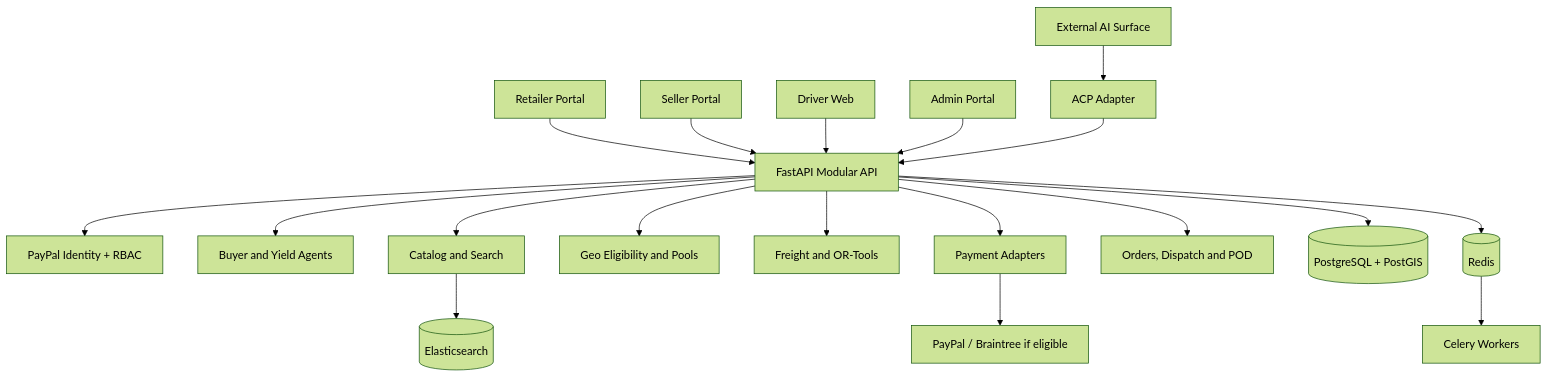
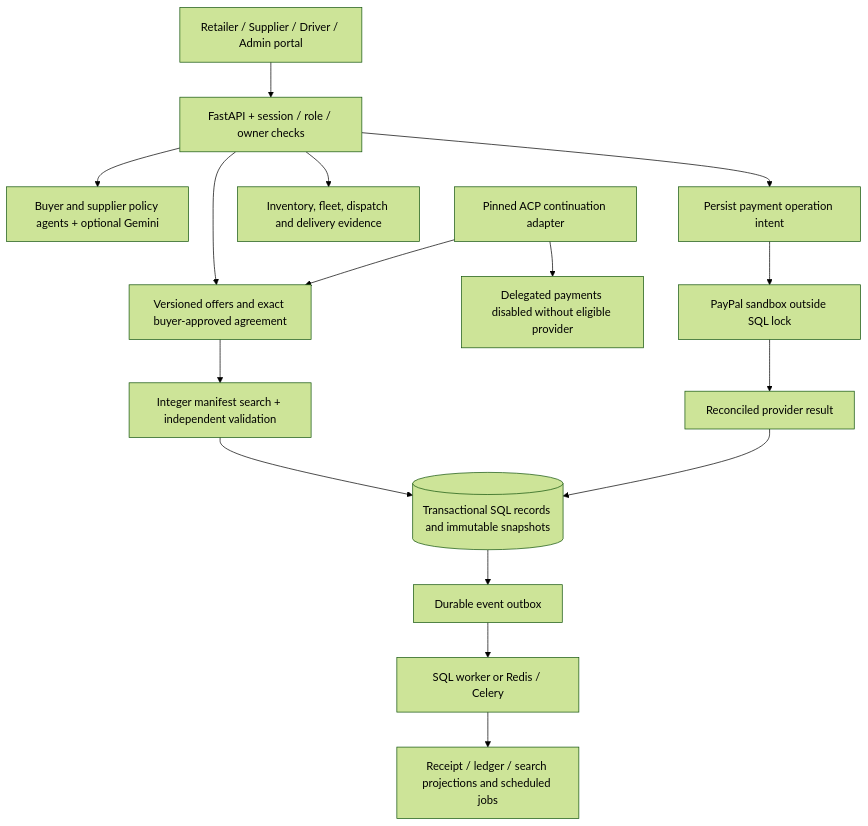
The diagram in docs/architecture.md (akshayks13/PayPool), drawn with Mermaid (forest theme) before and after one commit. The commit also changed other lines of this file and 59 other files, not shown here.

Commit message:
Complete PayPool agreements, operations, recovery and integration contracts

````diff
--- a/docs/architecture.md
+++ b/docs/architecture.md
@@ -23,21 +3,18 @@
 ```mermaid
-flowchart TB
-  R[Retailer Portal] --> API[FastAPI Modular API]
-  S[Seller Portal] --> API
-  D[Driver Web] --> API
-  A[Admin Portal] --> API
-  C[External AI Surface] --> ACP[ACP Adapter]
-  ACP --> API
-  API --> AUTH[PayPal Identity + RBAC]
-  API --> AG[Buyer and Yield Agents]
-  API --> CAT[Catalog and Search]
-  API --> GEO[Geo Eligibility and Pools]
-  API --> OPT[Freight and OR-Tools]
-  API --> PAY[Payment Adapters]
-  API --> FUL[Orders, Dispatch and POD]
-  API --> DB[(PostgreSQL + PostGIS)]
-  CAT --> ES[(Elasticsearch)]
-  API --> REDIS[(Redis)]
-  REDIS --> WORK[Celery Workers]
-  PAY --> PP[PayPal / Braintree if eligible]
+flowchart TD
+  UI[Retailer / Supplier / Driver / Admin portal] --> API[FastAPI + session / role / owner checks]
+  API --> Discovery[Buyer and supplier policy agents + optional Gemini]
+  API --> Agreements[Versioned offers and exact buyer-approved agreement]
+  Agreements --> Clearing[Integer manifest search + independent validation]
+  Clearing --> SQL[(Transactional SQL records and immutable snapshots)]
+  API --> Operations[Inventory, fleet, dispatch and delivery evidence]
+  API --> Intent[Persist payment operation intent]
+  Intent --> PSP[PayPal sandbox outside SQL lock]
+  PSP --> Result[Reconciled provider result]
+  Result --> SQL
+  SQL --> Outbox[Durable event outbox]
+  Outbox --> Worker[SQL worker or Redis / Celery]
+  Worker --> Projection[Receipt / ledger / search projections and scheduled jobs]
+  ACP[Pinned ACP continuation adapter] --> Agreements
+  ACP --> Gate[Delegated payments disabled without eligible provider]
 ```
````
